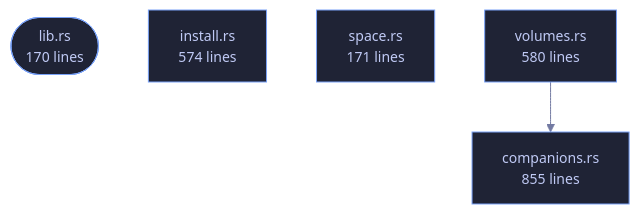
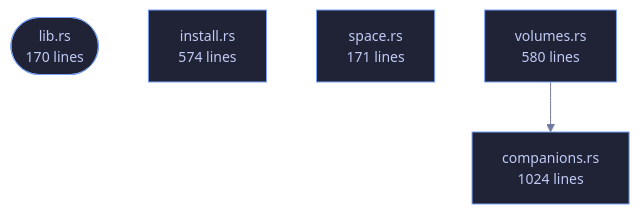
The diagram in crates/veilvoice-setup/README.md (tilas01/veilvoice), drawn with Mermaid before and after one commit. The commit also changed other lines of this file and 47 other files, not shown here.

````diff
--- a/crates/veilvoice-setup/README.md
+++ b/crates/veilvoice-setup/README.md
@@ -103,15 +103,15 @@
 ```mermaid
 %%{init: {"theme":"base","themeVariables":{"background":"#1a1b26","primaryColor":"#1f2335","primaryTextColor":"#c0caf5","primaryBorderColor":"#7aa2f7","secondaryColor":"#16161e","tertiaryColor":"#16161e","lineColor":"#737aa2","textColor":"#c0caf5","mainBkg":"#1f2335","nodeBorder":"#7aa2f7","clusterBkg":"#16161e","clusterBorder":"#2f3549","fontFamily":"ui-monospace, SFMono-Regular, Consolas, monospace","fontSize":"14px"}}}%%
 flowchart TD
     n_lib(["lib.rs<br/>170 lines"])
-    n_companions["companions.rs<br/>855 lines"]
+    n_companions["companions.rs<br/>1024 lines"]
     n_install["install.rs<br/>574 lines"]
     n_space["space.rs<br/>171 lines"]
     n_volumes["volumes.rs<br/>580 lines"]
     n_volumes --> n_companions
     click n_lib href "https://github.com/tilas01/veilvoice/blob/main/crates/veilvoice-setup/src/lib.rs" "open the source"
     click n_companions href "https://github.com/tilas01/veilvoice/blob/main/crates/veilvoice-setup/src/companions.rs" "open the source"
     click n_install href "https://github.com/tilas01/veilvoice/blob/main/crates/veilvoice-setup/src/install.rs" "open the source"
     click n_space href "https://github.com/tilas01/veilvoice/blob/main/crates/veilvoice-setup/src/space.rs" "open the source"
     click n_volumes href "https://github.com/tilas01/veilvoice/blob/main/crates/veilvoice-setup/src/volumes.rs" "open the source"
 ```
````
